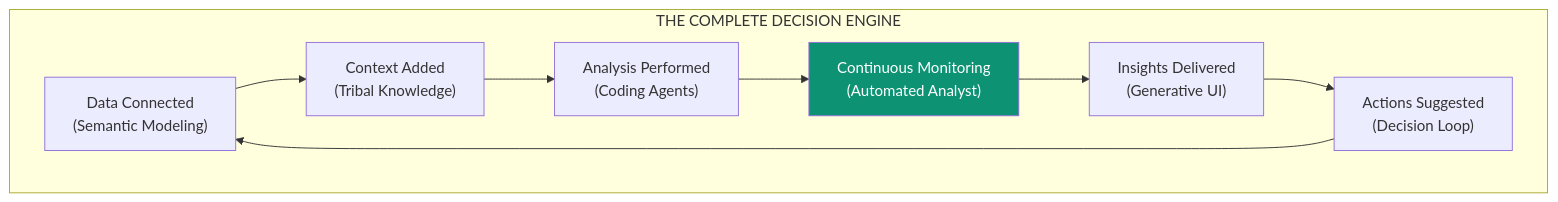
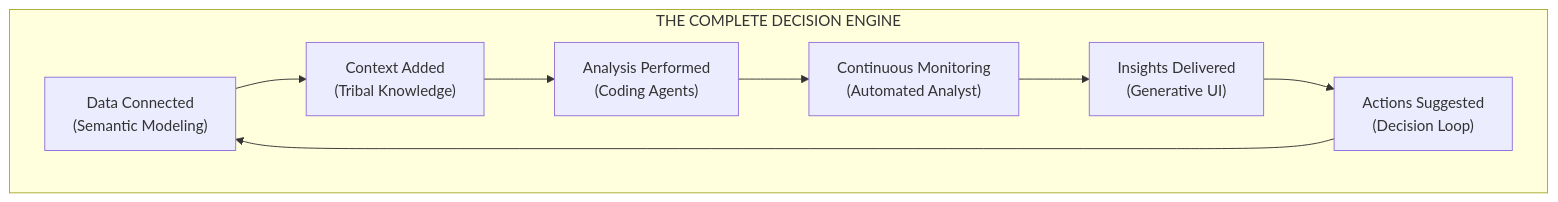
Before and after one commit to ashishsuperatom/tech-docs: the seventh of 7 diagrams in ip/automated-analyst.mdx, drawn with Mermaid. The commit also changed other lines of this file and 37 other files, not shown here.

First line of the commit message:
Clean up docs: remove em-dashes, fix mermaid diagrams, remove emojis

````diff
--- a/ip/automated-analyst.mdx
+++ b/ip/automated-analyst.mdx
@@ -328,16 +319,15 @@
 ```mermaid
 flowchart TB
     subgraph COMPLETE["THE COMPLETE DECISION ENGINE"]
         DATA["Data Connected<br>(Semantic Modeling)"]
         UNDERSTAND["Context Added<br>(Tribal Knowledge)"]
         ANALYZE["Analysis Performed<br>(Coding Agents)"]
         MONITOR["Continuous Monitoring<br>(Automated Analyst)"]
         INSIGHT["Insights Delivered<br>(Generative UI)"]
         ACTION["Actions Suggested<br>(Decision Loop)"]
     end
 
     DATA --> UNDERSTAND --> ANALYZE --> MONITOR --> INSIGHT --> ACTION
     ACTION --> DATA
 
-    style MONITOR fill:#0D9373,color:#fff
 ```
````
